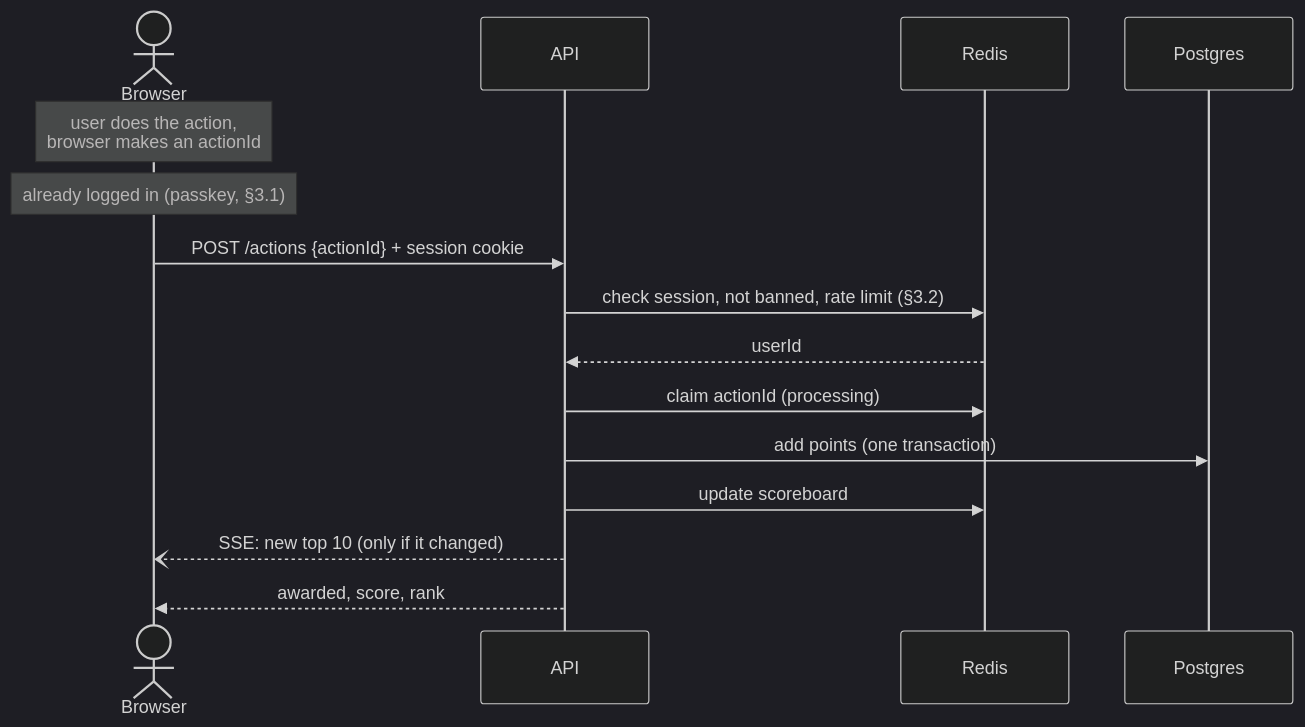
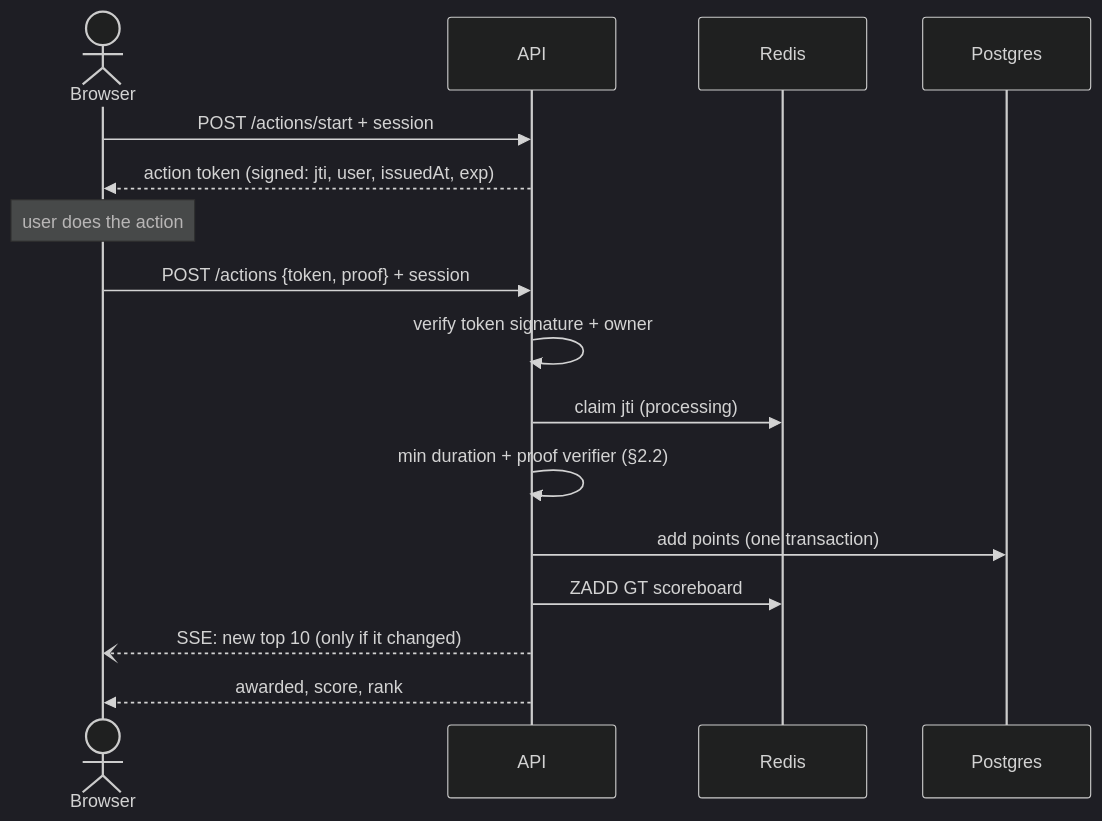
One commit to bavuongco10/code-challenge changed the second of 5 diagrams in src/problem6/README.md. Above: the diagram before and after it, drawn with Mermaid (dark theme). The commit also changed other lines of this file and 16 other files, not shown here.

First line of the commit message:
feature(problem6): Server-issued action tokens, real proof verifier, move extras to appendix

````diff
--- a/src/problem6/README.md
+++ b/src/problem6/README.md
@@ -37,18 +35,19 @@
 ```mermaid
 sequenceDiagram
     actor U as Browser
     participant API
     participant R as Redis
     participant DB as Postgres
 
-    Note over U: user does the action,<br/>browser makes an actionId
-    Note over U: already logged in (passkey, §3.1)
-    U->>API: POST /actions {actionId} + session cookie
-    API->>R: check session, not banned, rate limit (§3.2)
-    R-->>API: userId
-    API->>R: claim actionId (processing)
+    U->>API: POST /actions/start + session
+    API-->>U: action token (signed: jti, user, issuedAt, exp)
+    Note over U: user does the action
+    U->>API: POST /actions {token, proof} + session
+    API->>API: verify token signature + owner
+    API->>R: claim jti (processing)
+    API->>API: min duration + proof verifier (§2.2)
     API->>DB: add points (one transaction)
-    API->>R: update scoreboard
+    API->>R: ZADD GT scoreboard
     API--)U: SSE: new top 10 (only if it changed)
     API-->>U: awarded, score, rank
 ```
````
